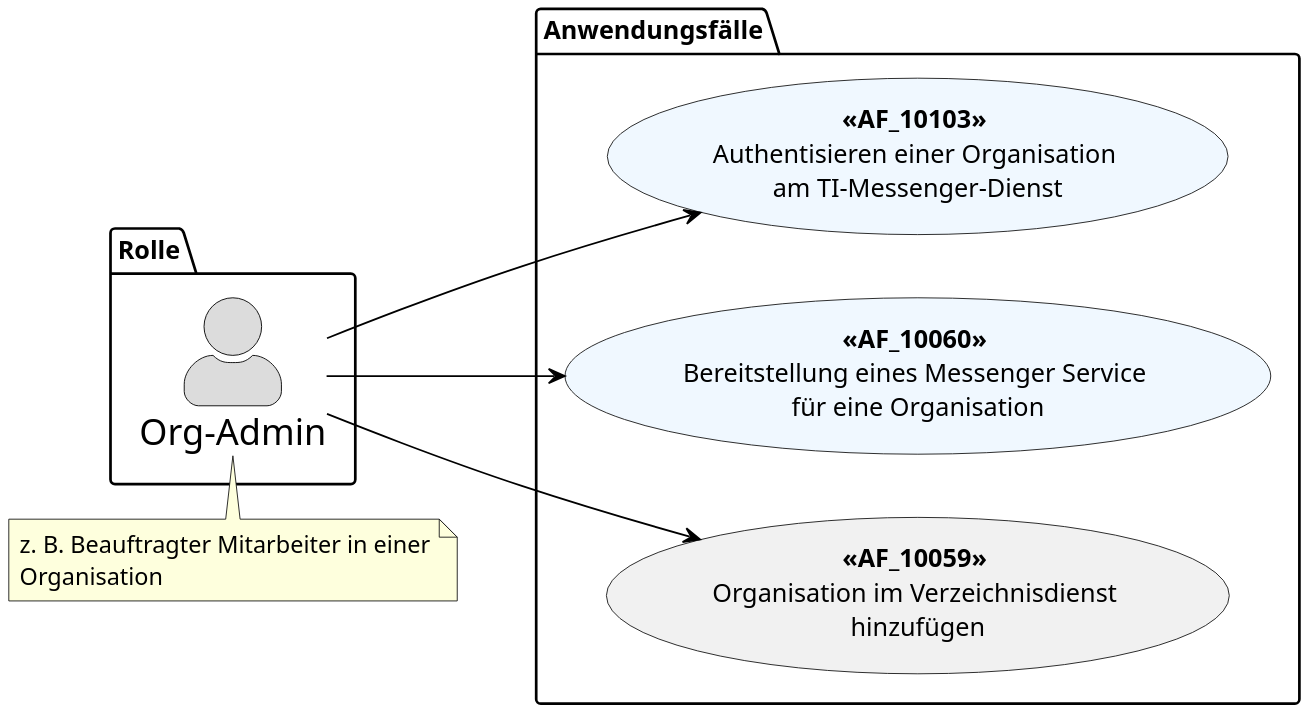
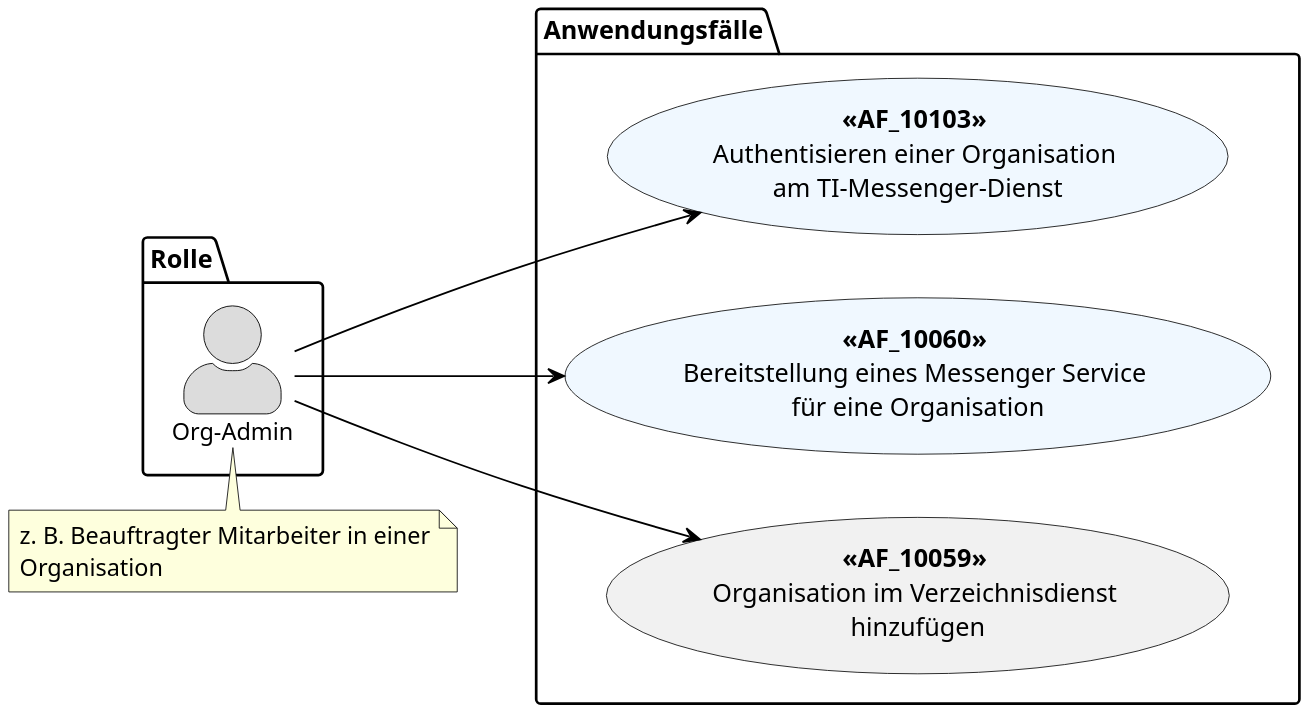
One commit to gematik/api-ti-messenger changed the diagram in src/plantuml/TI-Messenger-Dienst/Ressourcen/UC_org_admin.puml. Above: the diagram before and after it, drawn with PlantUML.

```diff
--- a/src/plantuml/TI-Messenger-Dienst/Ressourcen/UC_org_admin.puml
+++ b/src/plantuml/TI-Messenger-Dienst/Ressourcen/UC_org_admin.puml
@@ -8,46 +8,46 @@
 @startuml
 skinparam actorStyle awesome
 left to right direction
 scale 6/3
 
 skinparam sequence {
 ArrowColor black
 ArrowFontSize 17
 ActorBorderColor black
 LifeLineBorderColor black
 LifeLineBackgroundColor Gainsboro
 
 ParticipantBorderColor Motivation
 ParticipantBackgroundColor Motivation
 ParticipantFontName Impact
 ParticipantFontSize 20
 ParticipantFontColor black
 ParticipantBorderColor Black
 ParticipantBackgroundColor MOTIVATION
 
 ActorBackgroundColor Gainsboro
 ActorFontColor black
-ActorFontSize 20
+ActorFontSize 13
 ActorFontName Aapex
 }
 
 package Rolle {
   actor "Org-Admin" as oa
 }
 
 package Anwendungsfälle {
   usecase "**<<AF_10103>>** \nAuthentisieren einer Organisation \nam TI-Messenger-Dienst" as UC1 #AliceBlue
   usecase "**<<AF_10060>>** \nBereitstellung eines Messenger Service \nfür eine Organisation" as UC2 #AliceBlue
   usecase "**<<AF_10059>>** \nOrganisation im Verzeichnisdienst \nhinzufügen" as UC3
 }
 
 oa --> UC1
 oa --> UC2
 oa --> UC3
 
 note top of (oa)
   z. B. Beauftragter Mitarbeiter in einer
   Organisation
 end note
 
 @enduml
```
